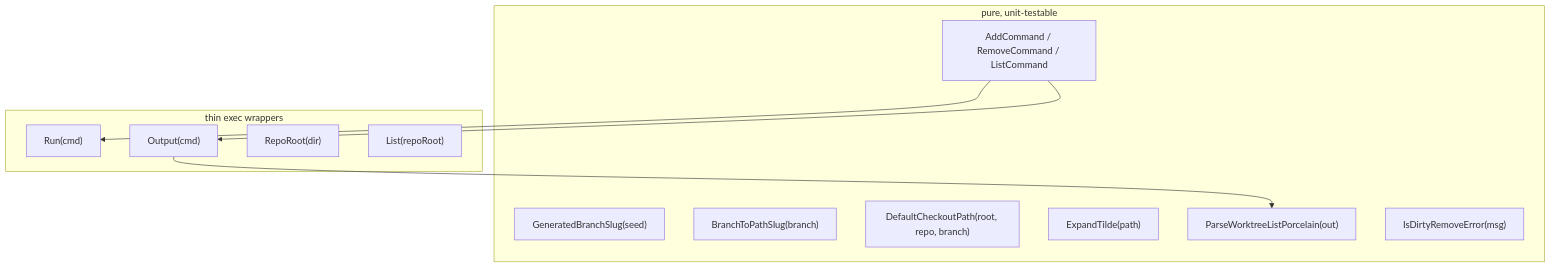
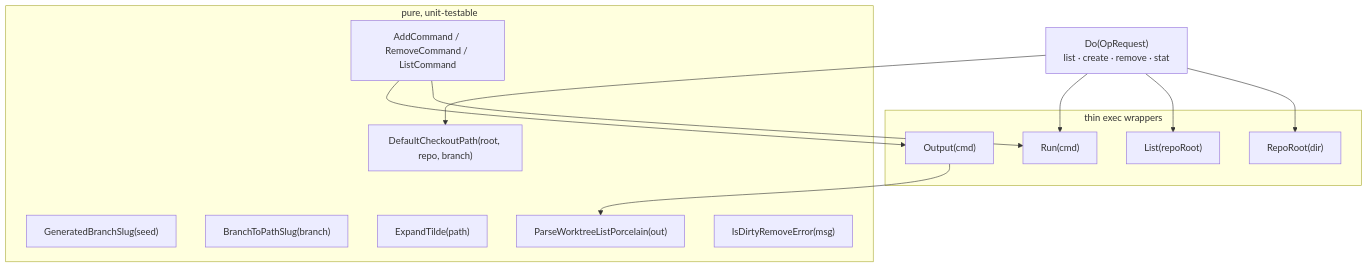
Before and after one commit to rohanthewiz/cats: the second of 4 diagrams in docs/subsystems/worktrees.md, drawn with Mermaid. The commit also changed other lines of this file and 23 other files, not shown here.

````diff
--- a/docs/subsystems/worktrees.md
+++ b/docs/subsystems/worktrees.md
@@ -33,23 +35,29 @@
 ```mermaid
 flowchart TD
   subgraph pure["pure, unit-testable"]
     SLUG["GeneratedBranchSlug(seed)"]
     PSLUG["BranchToPathSlug(branch)"]
     PATH["DefaultCheckoutPath(root, repo, branch)"]
     TILDE["ExpandTilde(path)"]
     BUILD["AddCommand / RemoveCommand / ListCommand"]
     PARSE["ParseWorktreeListPorcelain(out)"]
     DIRTY["IsDirtyRemoveError(msg)"]
   end
 
   subgraph io["thin exec wrappers"]
     RUN["Run(cmd)"]
     OUT["Output(cmd)"]
     ROOT["RepoRoot(dir)"]
     LIST["List(repoRoot)"]
   end
 
+  DO["Do(OpRequest)<br/>list · create · remove · stat"]
+
   BUILD --> RUN
   BUILD --> OUT
   OUT --> PARSE
+  DO --> ROOT
+  DO --> LIST
+  DO --> RUN
+  DO --> PATH
 ```
````
